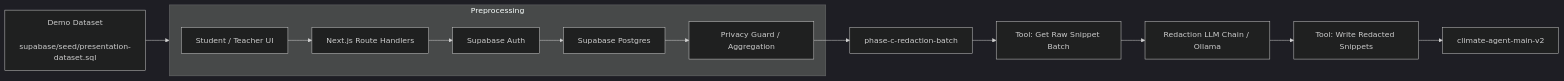
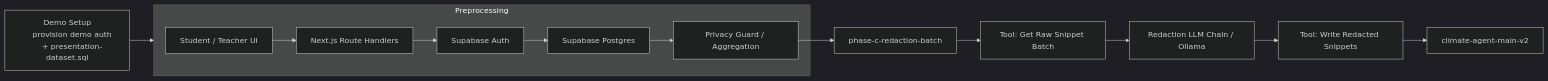
Before and after one commit to R1KASAN/Agentic-AI-Project: the diagram in docs/n8n-demo-execution-guide.md, drawn with Mermaid (dark theme). The commit also changed other lines of this file and 12 other files, not shown here.

Commit message:
restore demo auth provisioning

````diff
--- a/docs/n8n-demo-execution-guide.md
+++ b/docs/n8n-demo-execution-guide.md
@@ -65,18 +65,19 @@
 ```mermaid
 flowchart LR
-    DS["Demo Dataset
-    supabase/seed/presentation-dataset.sql"] --> PRE
+    DS["Demo Setup
+    provision demo auth
+    + presentation-dataset.sql"] --> PRE
 
     subgraph PRE["Preprocessing"]
         PRE1["Student / Teacher UI"] --> PRE2["Next.js Route Handlers"]
         PRE2 --> PRE3["Supabase Auth"]
         PRE3 --> PRE4["Supabase Postgres"]
         PRE4 --> PRE5["Privacy Guard / Aggregation"]
     end
 
     PRE5 --> DEMO["phase-c-redaction-batch"]
     DEMO --> CHILD["Tool: Get Raw Snippet Batch"]
     CHILD --> LLM["Redaction LLM Chain / Ollama"]
     LLM --> WRITE["Tool: Write Redacted Snippets"]
     WRITE --> MAIN["climate-agent-main-v2"]
 ```
````
